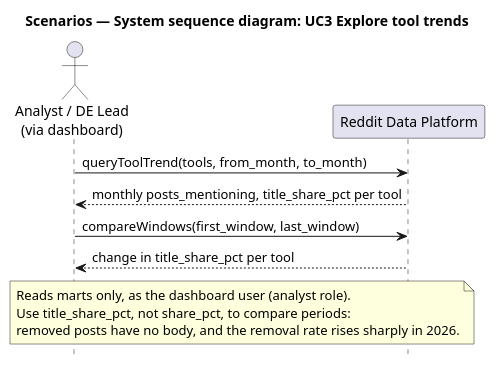
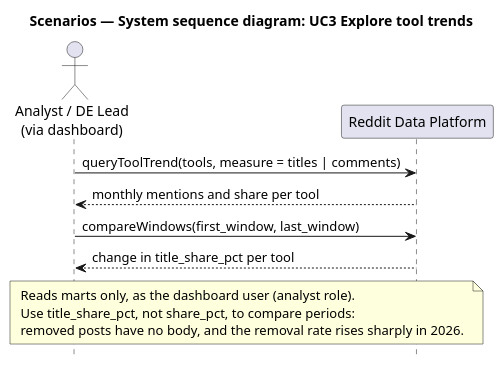
Before and after one commit to modsomjeed/reddit-dataeng: the diagram in docs/architecture/diagrams/ssd-explore-trends.puml, drawn with PlantUML. The commit also changed 14 other files, not shown here.

Commit message:
docs(architecture): add comments to the 4+1 views

```diff
--- a/docs/architecture/diagrams/ssd-explore-trends.puml
+++ b/docs/architecture/diagrams/ssd-explore-trends.puml
@@ -1,20 +1,20 @@
 @startuml ssd-explore-trends
 title Scenarios — System sequence diagram: UC3 Explore tool trends
 skinparam shadowing false
 hide footbox
 
 actor "Analyst / DE Lead\n(via dashboard)" as analyst
 participant "Reddit Data Platform" as system
 
-analyst -> system : queryToolTrend(tools, from_month, to_month)
-system --> analyst : monthly posts_mentioning, title_share_pct per tool
+analyst -> system : queryToolTrend(tools, measure = titles | comments)
+system --> analyst : monthly mentions and share per tool
 
 analyst -> system : compareWindows(first_window, last_window)
 system --> analyst : change in title_share_pct per tool
 
 note over analyst, system
   Reads marts only, as the dashboard user (analyst role).
   Use title_share_pct, not share_pct, to compare periods:
   removed posts have no body, and the removal rate rises sharply in 2026.
 end note
 @enduml
```
